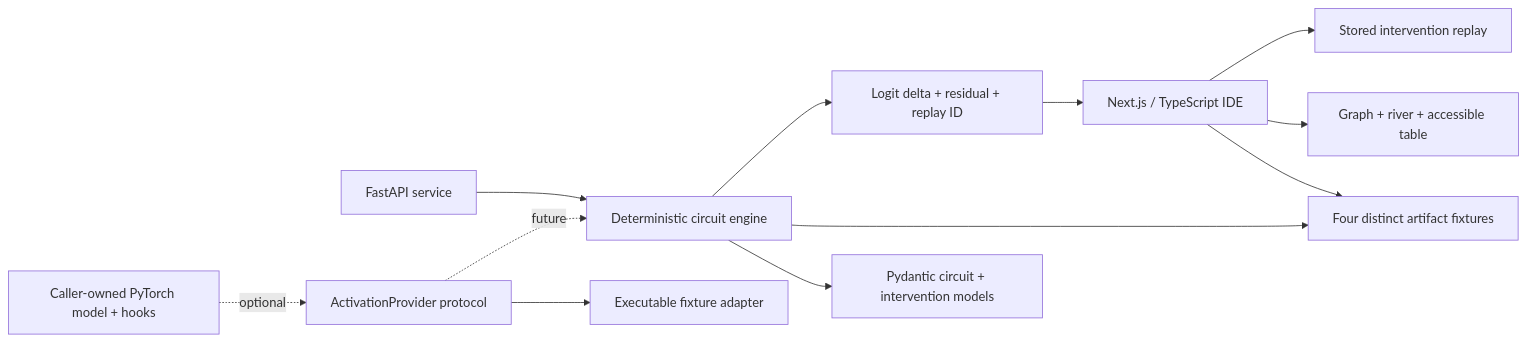
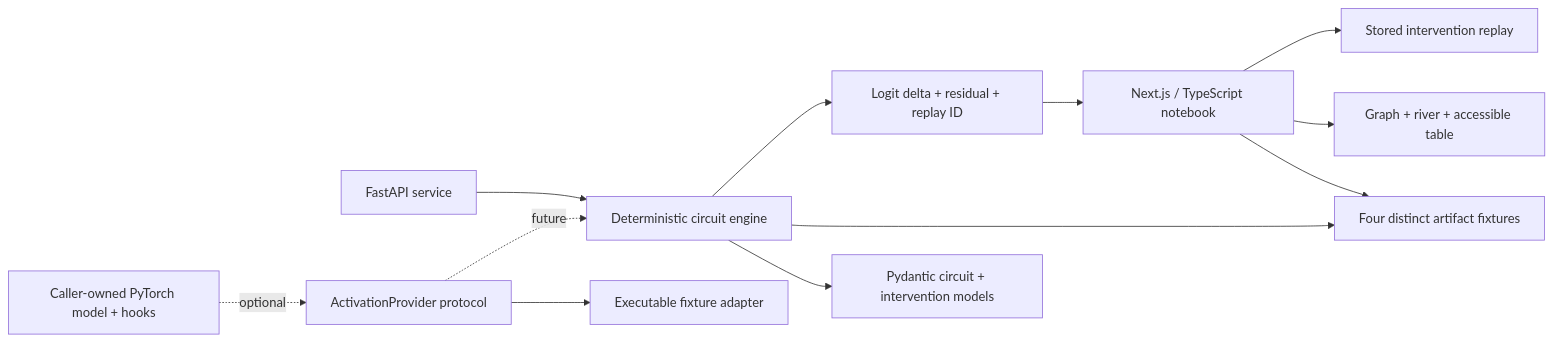
Before and after one commit to MarinJursic/branchtrace-circuit-explorer: the diagram in README.md, drawn with Mermaid. The commit also changed other lines of this file and 10 other files, not shown here.

````diff
--- a/README.md
+++ b/README.md
@@ -111,14 +105,14 @@
 ```mermaid
 flowchart LR
-    UI["Next.js / TypeScript IDE"] --> Fixtures["Four distinct artifact fixtures"]
+    UI["Next.js / TypeScript notebook"] --> Fixtures["Four distinct artifact fixtures"]
     UI --> Views["Graph + river + accessible table"]
     UI --> Branch["Stored intervention replay"]
     API["FastAPI service"] --> Engine["Deterministic circuit engine"]
     Engine --> Models["Pydantic circuit + intervention models"]
     Engine --> Fixtures
     Adapter["ActivationProvider protocol"] --> FixtureAdapter["Executable fixture adapter"]
     Adapter -. future .-> Engine
     Torch["Caller-owned PyTorch model + hooks"] -. optional .-> Adapter
     Engine --> Result["Logit delta + residual + replay ID"]
     Result --> UI
 ```
````
